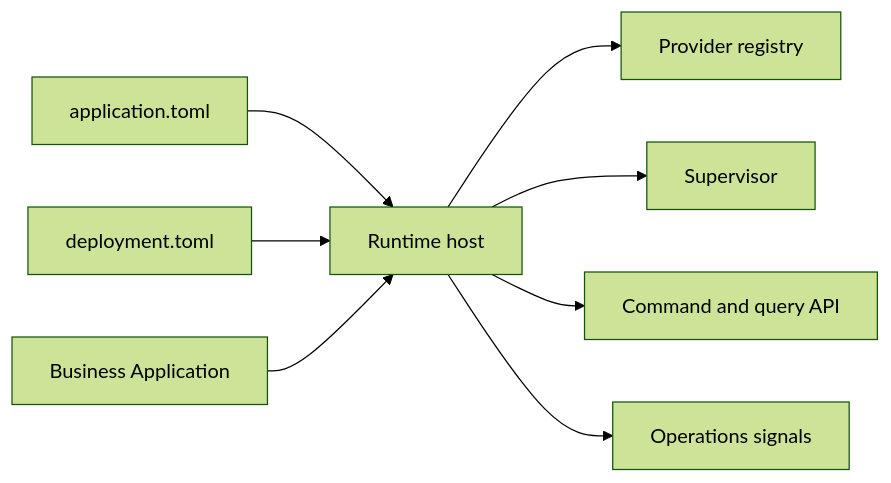
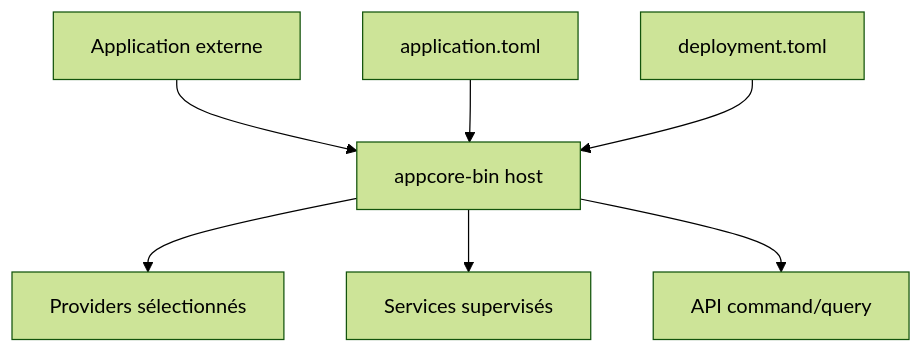
Before and after one commit to dnettoRaw/appcore-wiki: the diagram in docs/fr/introduction/what-is-appcore.md, drawn with Mermaid (forest theme). The commit also changed other lines of this file and 341 other files, not shown here.

````diff
--- a/docs/fr/introduction/what-is-appcore.md
+++ b/docs/fr/introduction/what-is-appcore.md
@@ -32,10 +27,9 @@
 ```mermaid
-flowchart LR
-    A[application.toml] --> H[Runtime host]
-    D[deployment.toml] --> H
-    B[Business Application] --> H
-    H --> P[Provider registry]
-    H --> S[Supervisor]
-    H --> API[Command and query API]
-    H --> O[Operations signals]
+flowchart TB
+    App[Application externe] --> Host[appcore-bin host]
+    Manifest[application.toml] --> Host
+    Deployment[deployment.toml] --> Host
+    Host --> Providers[Providers sélectionnés]
+    Host --> Services[Services supervisés]
+    Host --> API[API command/query]
 ```
````
